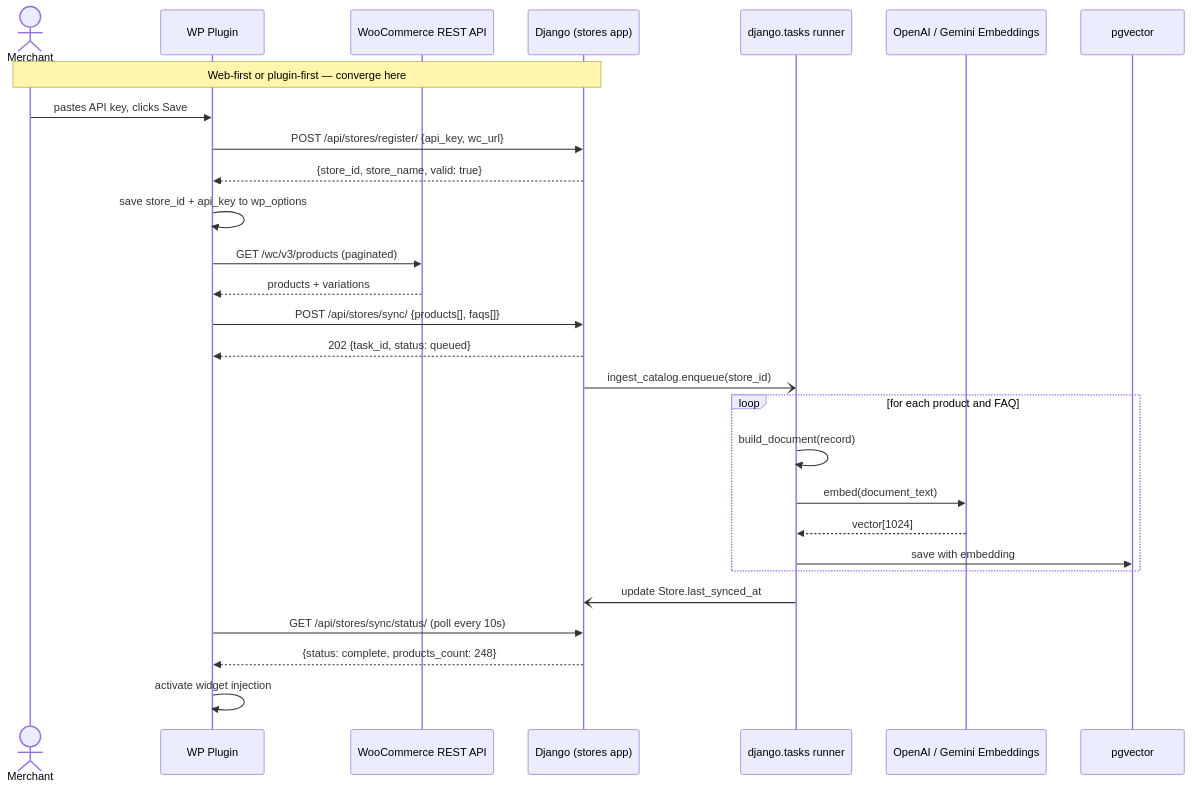
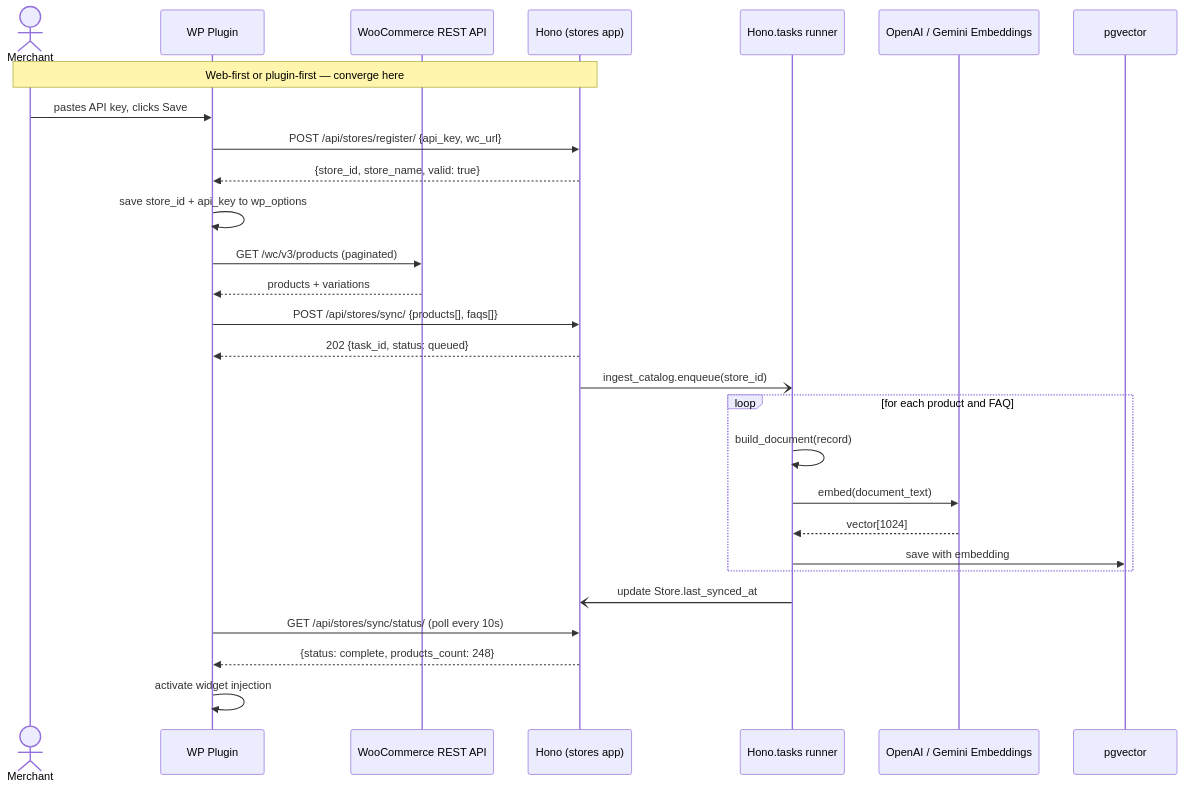
One commit to aji-pratama/woocs changed the fourth of 6 diagrams in _docs/PRD.md. Above: the diagram before and after it, drawn with Mermaid. The commit also changed other lines of this file and 85 other files, not shown here.

````diff
--- a/_docs/PRD.md
+++ b/_docs/PRD.md
@@ -1398,35 +1398,35 @@
 ```mermaid
 sequenceDiagram
   actor Merchant
   participant WP as WP Plugin
   participant WC as WooCommerce REST API
-  participant Django as Django (stores app)
-  participant Worker as django.tasks runner
+  participant Hono as Hono (stores app)
+  participant Worker as Hono.tasks runner
   participant Embeddings as OpenAI / Gemini Embeddings
   participant PG as pgvector
 
-  Note over Merchant,Django: Web-first or plugin-first — converge here
+  Note over Merchant,Hono: Web-first or plugin-first — converge here
 
   Merchant->>WP: pastes API key, clicks Save
-  WP->>Django: POST /api/stores/register/ {api_key, wc_url}
-  Django-->>WP: {store_id, store_name, valid: true}
+  WP->>Hono: POST /api/stores/register/ {api_key, wc_url}
+  Hono-->>WP: {store_id, store_name, valid: true}
   WP->>WP: save store_id + api_key to wp_options
 
   WP->>WC: GET /wc/v3/products (paginated)
   WC-->>WP: products + variations
-  WP->>Django: POST /api/stores/sync/ {products[], faqs[]}
-  Django-->>WP: 202 {task_id, status: queued}
-  Django-)Worker: ingest_catalog.enqueue(store_id)
+  WP->>Hono: POST /api/stores/sync/ {products[], faqs[]}
+  Hono-->>WP: 202 {task_id, status: queued}
+  Hono-)Worker: ingest_catalog.enqueue(store_id)
 
   loop for each product and FAQ
     Worker->>Worker: build_document(record)
     Worker->>Embeddings: embed(document_text)
     Embeddings-->>Worker: vector[1024]
     Worker->>PG: save with embedding
   end
 
-  Worker-)Django: update Store.last_synced_at
-  WP->>Django: GET /api/stores/sync/status/ (poll every 10s)
-  Django-->>WP: {status: complete, products_count: 248}
+  Worker-)Hono: update Store.last_synced_at
+  WP->>Hono: GET /api/stores/sync/status/ (poll every 10s)
+  Hono-->>WP: {status: complete, products_count: 248}
   WP->>WP: activate widget injection
 ```
````
